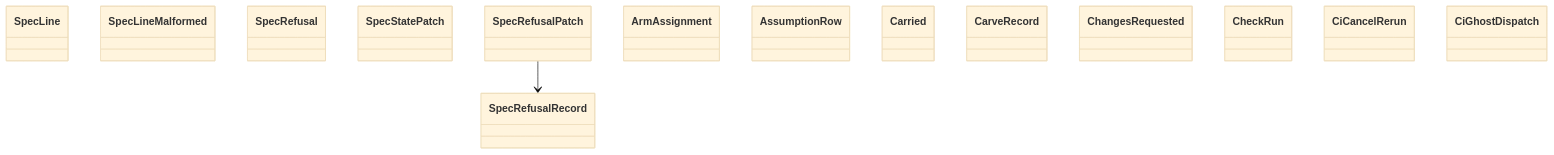
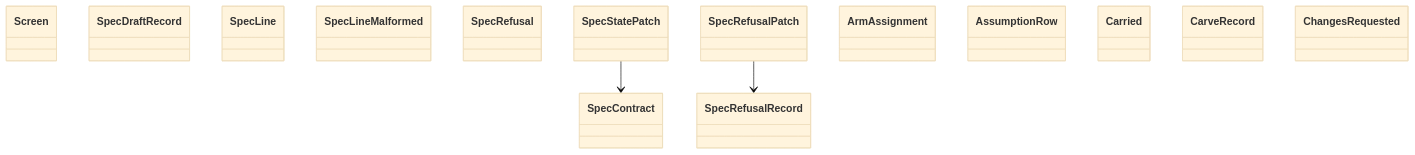
One commit to GonzaloZevallos/agentic-system changed the diagram in docs/architecture/generated/classes-process-domain-state-4.md. Above: the diagram before and after it, drawn with Mermaid (base theme). The commit also changed other lines of this file and 15 other files, not shown here.

````diff
--- a/docs/architecture/generated/classes-process-domain-state-4.md
+++ b/docs/architecture/generated/classes-process-domain-state-4.md
@@ -32,18 +32,19 @@
 ```mermaid
 classDiagram
+    class spec_delivery__Screen["Screen"]
+    class spec_delivery__SpecContract["SpecContract"]
+    class spec_delivery__SpecDraftRecord["SpecDraftRecord"]
     class spec_delivery__SpecLine["SpecLine"]
     class spec_delivery__SpecLineMalformed["SpecLineMalformed"]
     class spec_delivery__SpecRefusal["SpecRefusal"]
     class spec_delivery__SpecRefusalRecord["SpecRefusalRecord"]
     class spec_delivery__SpecStatePatch["SpecStatePatch"]
     class spec_route__SpecRefusalPatch["SpecRefusalPatch"]
     class task__ArmAssignment["ArmAssignment"]
     class task__AssumptionRow["AssumptionRow"]
     class task__Carried["Carried"]
     class task__CarveRecord["CarveRecord"]
     class task__ChangesRequested["ChangesRequested"]
-    class task__CheckRun["CheckRun"]
-    class task__CiCancelRerun["CiCancelRerun"]
-    class task__CiGhostDispatch["CiGhostDispatch"]
+    spec_delivery__SpecStatePatch --> spec_delivery__SpecContract
     spec_route__SpecRefusalPatch --> spec_delivery__SpecRefusalRecord
 ```
````
